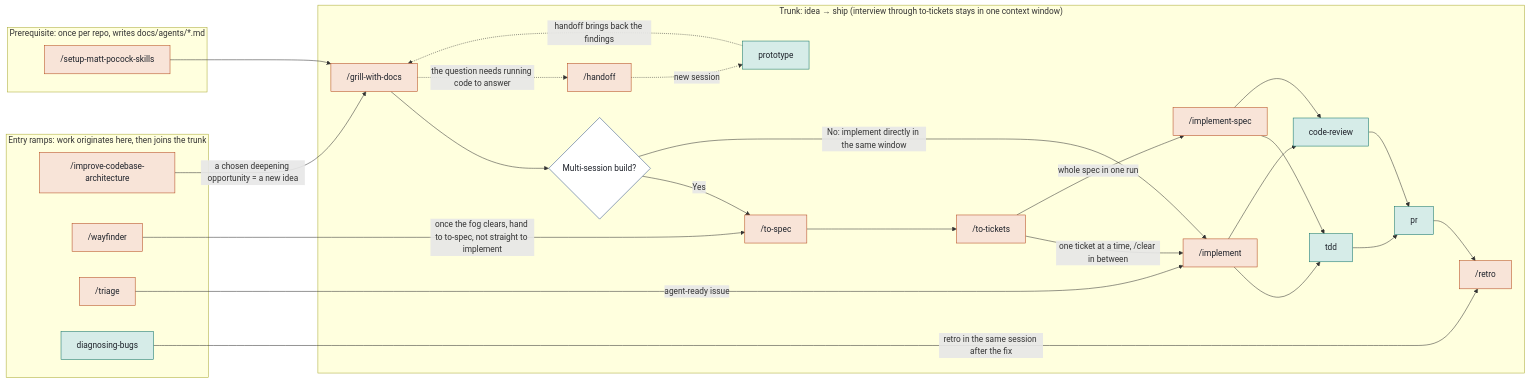
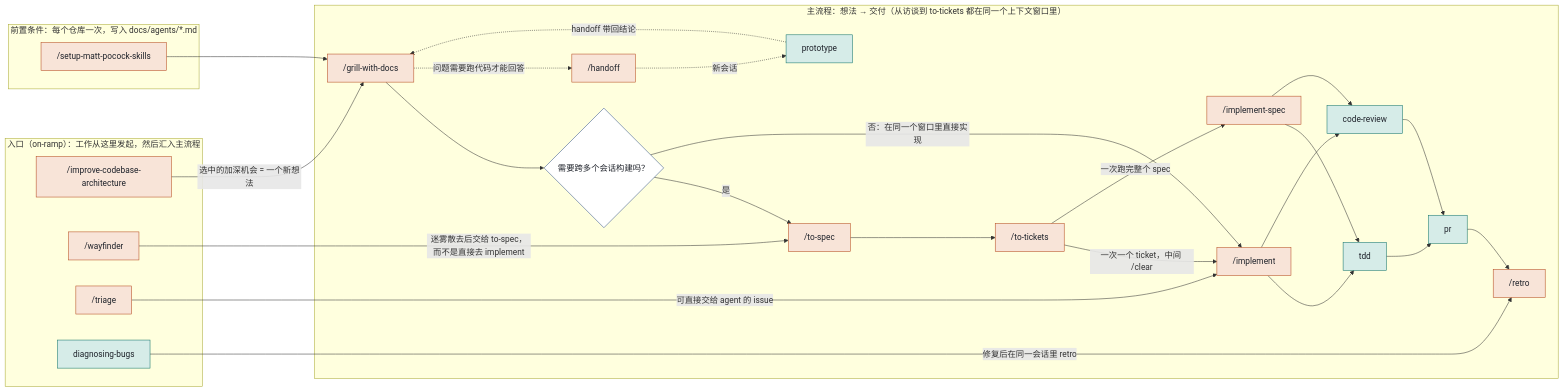
The first of 3 diagrams in SKILLS-MAP.md (zxsong111/skills), drawn with Mermaid before and after one commit. The commit also changed other lines of this file and 220 other files, not shown here.

````diff
--- a/SKILLS-MAP.md
+++ b/SKILLS-MAP.md
@@ -11,48 +11,48 @@
 ```mermaid
 flowchart LR
   classDef user fill:#f8e4d8,stroke:#b4471a,color:#1e222a
   classDef model fill:#d6ece8,stroke:#0f7268,color:#1e222a
   classDef q fill:#fff,stroke:#2f4f85,color:#1e222a
 
-  subgraph pre["Prerequisite: once per repo, writes docs/agents/*.md"]
+  subgraph pre["前置条件：每个仓库一次，写入 docs/agents/*.md"]
     setup["/setup-matt-pocock-skills"]:::user
   end
 
-  subgraph ramps["Entry ramps: work originates here, then joins the trunk"]
+  subgraph ramps["入口（on-ramp）：工作从这里发起，然后汇入主流程"]
     improve["/improve-codebase-architecture"]:::user
     way["/wayfinder"]:::user
     triage["/triage"]:::user
     diag["diagnosing-bugs"]:::model
   end
 
-  subgraph main["Trunk: idea → ship (interview through to-tickets stays in one context window)"]
+  subgraph main["主流程：想法 → 交付（从访谈到 to-tickets 都在同一个上下文窗口里）"]
     grill["/grill-with-docs"]:::user
-    q1{"Multi-session build?"}:::q
+    q1{"需要跨多个会话构建吗？"}:::q
     spec["/to-spec"]:::user
     tickets["/to-tickets"]:::user
     impl["/implement"]:::user
     implspec["/implement-spec"]:::user
     tdd["tdd"]:::model
     review["code-review"]:::model
     pr["pr"]:::model
     retro["/retro"]:::user
     handoff["/handoff"]:::user
     proto["prototype"]:::model
 
     grill --> q1
-    q1 -- Yes --> spec --> tickets
-    tickets -- "one ticket at a time, /clear in between" --> impl
-    tickets -- "whole spec in one run" --> implspec
-    q1 -- "No: implement directly in the same window" --> impl
+    q1 -- "是" --> spec --> tickets
+    tickets -- "一次一个 ticket，中间 /clear" --> impl
+    tickets -- "一次跑完整个 spec" --> implspec
+    q1 -- "否：在同一个窗口里直接实现" --> impl
     impl --> tdd & review
     implspec --> tdd & review
     tdd & review --> pr --> retro
-    grill -. "the question needs running code to answer" .-> handoff -. "new session" .-> proto -. "handoff brings back the findings" .-> grill
+    grill -. "问题需要跑代码才能回答" .-> handoff -. "新会话" .-> proto -. "handoff 带回结论" .-> grill
   end
 
   setup --> grill
-  improve -- "a chosen deepening opportunity = a new idea" --> grill
-  way -- "once the fog clears, hand to to-spec, not straight to implement" --> spec
-  triage -- "agent-ready issue" --> impl
-  diag -- "retro in the same session after the fix" --> retro
+  improve -- "选中的加深机会 = 一个新想法" --> grill
+  way -- "迷雾散去后交给 to-spec，而不是直接去 implement" --> spec
+  triage -- "可直接交给 agent 的 issue" --> impl
+  diag -- "修复后在同一会话里 retro" --> retro
 ```
````
